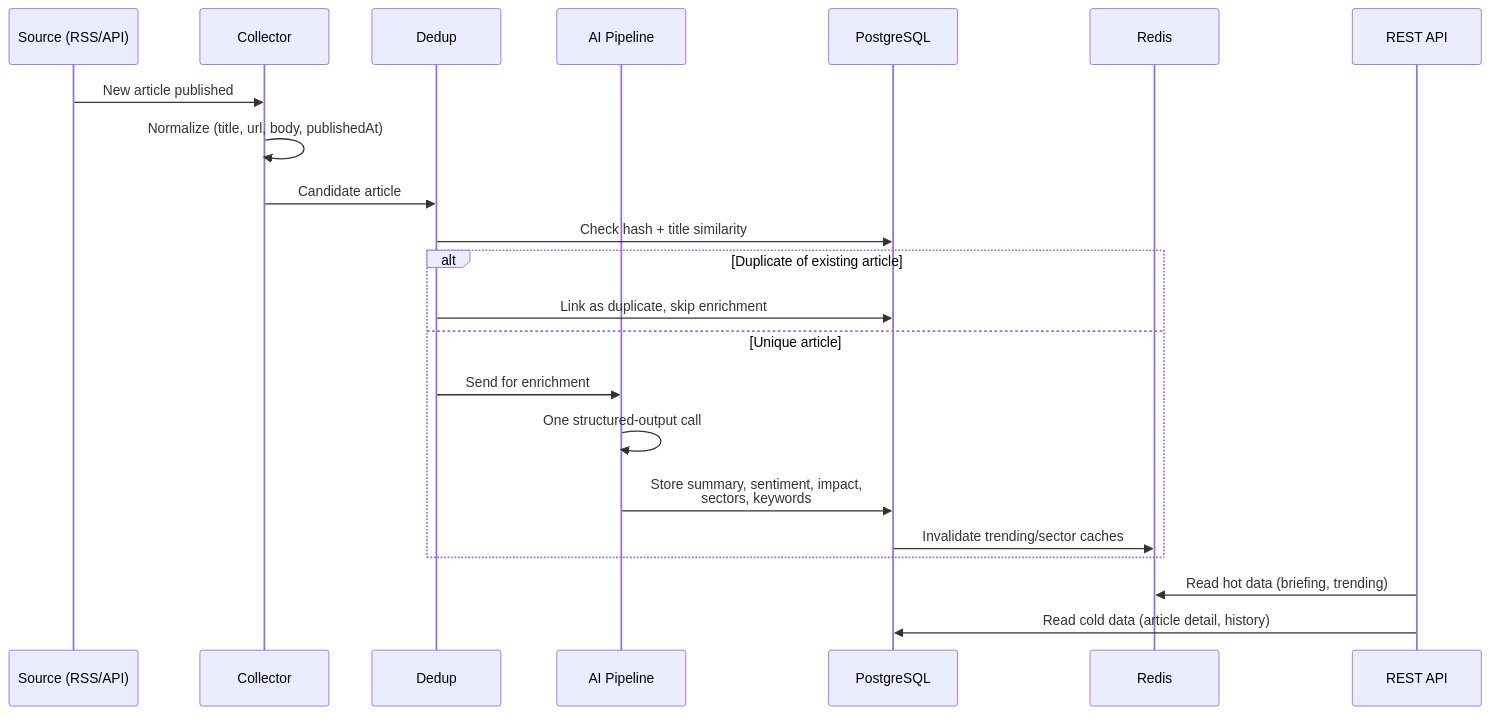
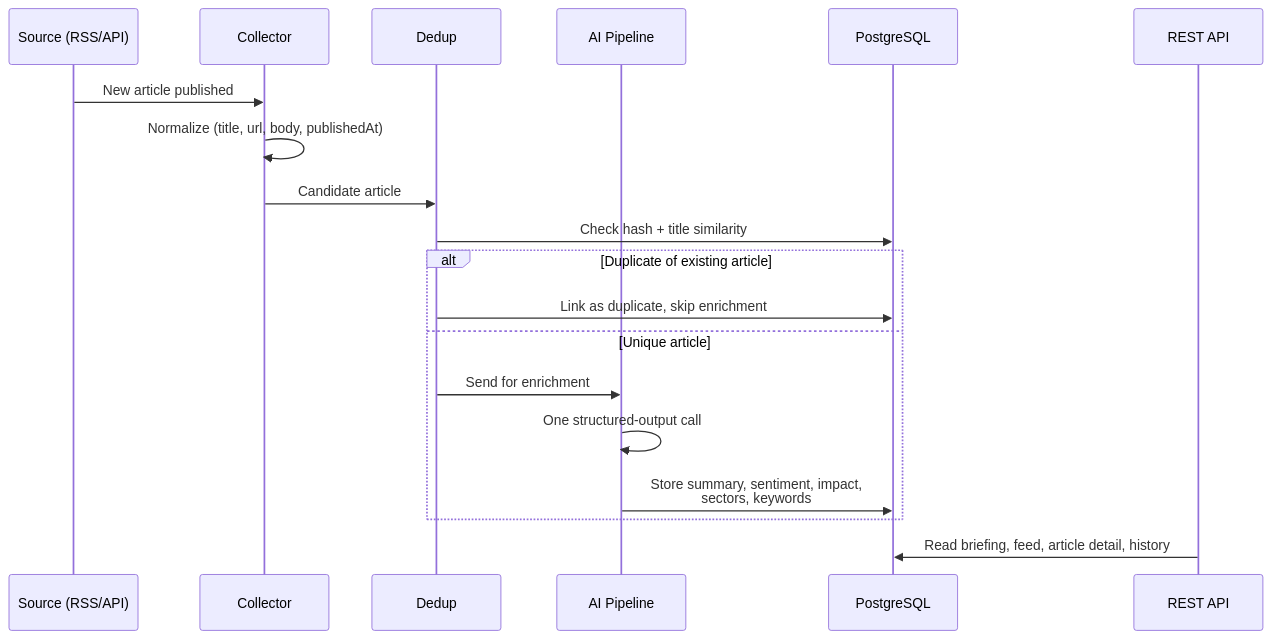
One commit to cemielan/arunika changed the second of 3 diagrams in Arunika-Application-Design.md. Above: the diagram before and after it, drawn with Mermaid. The commit also changed other lines of this file and 9 other files, not shown here.

````diff
--- a/Arunika-Application-Design.md
+++ b/Arunika-Application-Design.md
@@ -104,25 +102,22 @@
 ```mermaid
 sequenceDiagram
     participant Src as Source (RSS/API)
     participant Col as Collector
     participant Ddp as Dedup
     participant AI as AI Pipeline
     participant DB as PostgreSQL
-    participant Cache as Redis
     participant API as REST API
 
     Src->>Col: New article published
     Col->>Col: Normalize (title, url, body, publishedAt)
     Col->>Ddp: Candidate article
     Ddp->>DB: Check hash + title similarity
     alt Duplicate of existing article
         Ddp->>DB: Link as duplicate, skip enrichment
     else Unique article
         Ddp->>AI: Send for enrichment
         AI->>AI: One structured-output call
         AI->>DB: Store summary, sentiment, impact,<br/>sectors, keywords
-        DB->>Cache: Invalidate trending/sector caches
     end
-    API->>Cache: Read hot data (briefing, trending)
-    API->>DB: Read cold data (article detail, history)
+    API->>DB: Read briefing, feed, article detail, history
 ```
````
